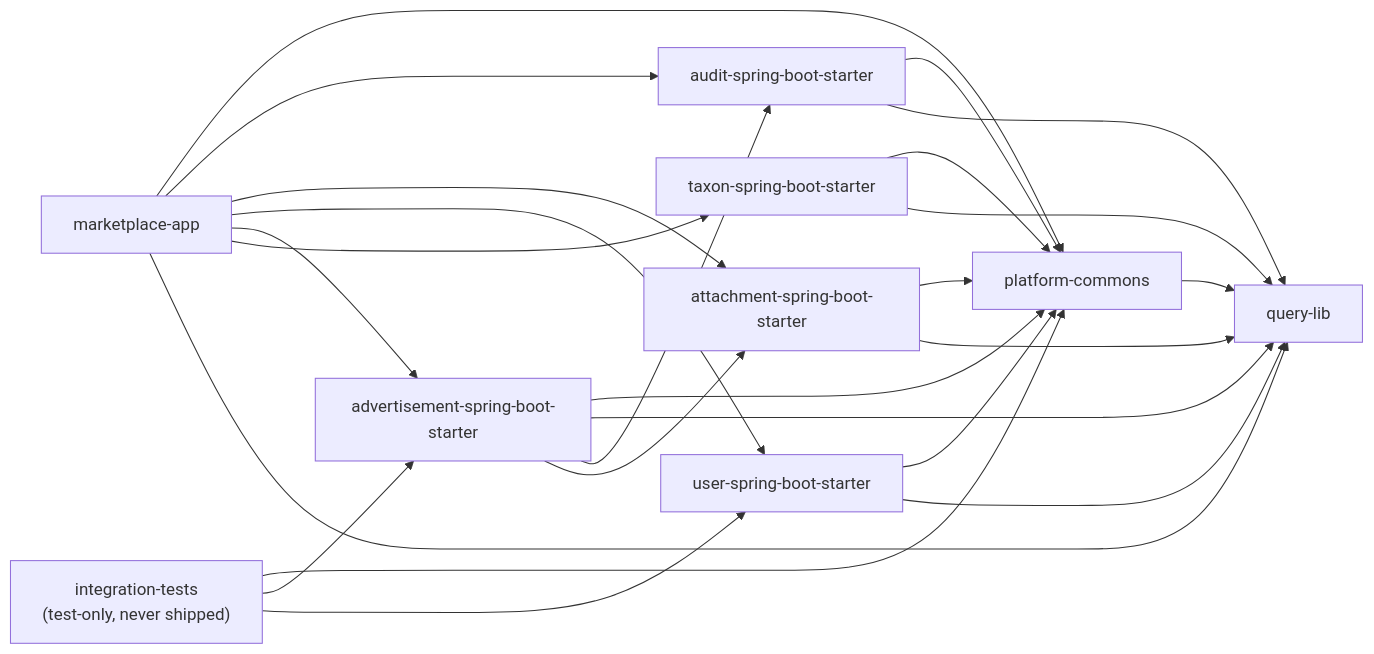
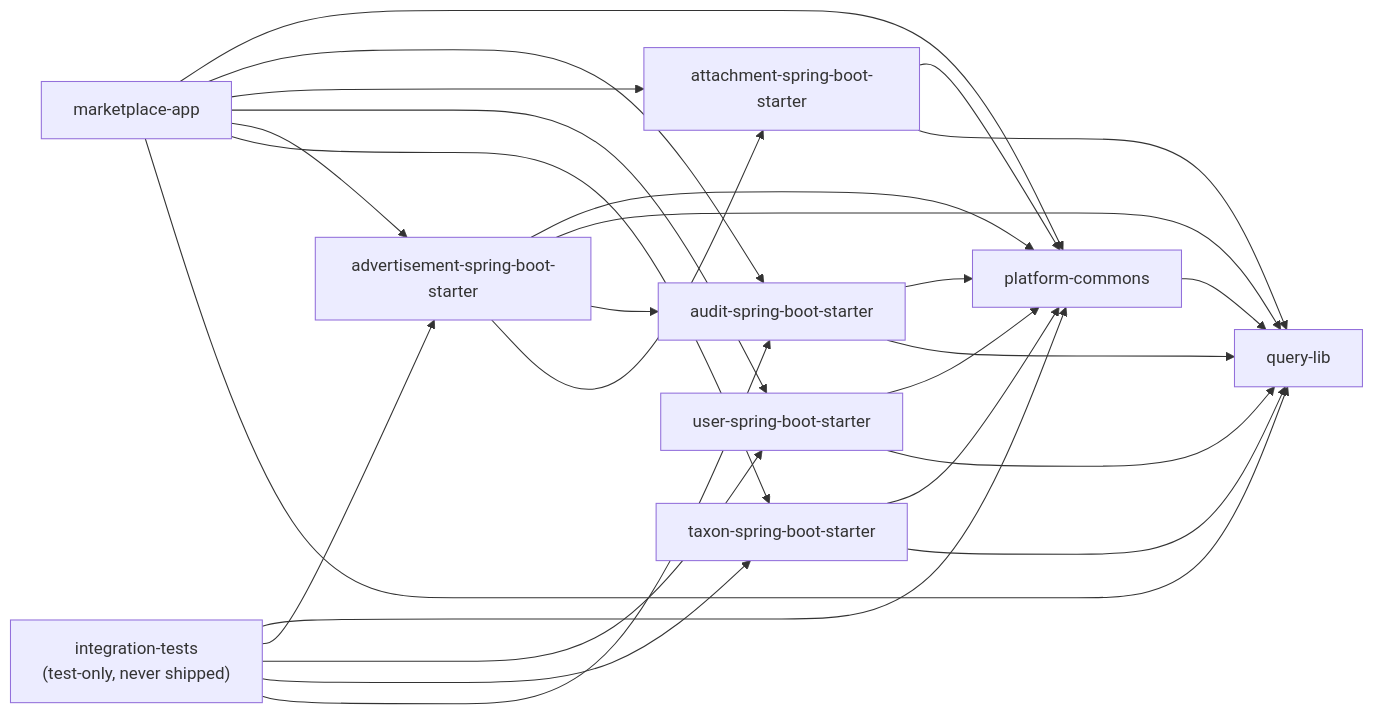
One commit to OstMutant/Advertisement changed the diagram in docs/architecture/01-module-dependencies.md. Above: the diagram before and after it, drawn with Mermaid. The commit also changed other lines of this file and 9 other files, not shown here.

````diff
--- a/docs/architecture/01-module-dependencies.md
+++ b/docs/architecture/01-module-dependencies.md
@@ -9,36 +9,38 @@
 ```mermaid
 graph LR
     QL["query-lib"]
     PC["platform-commons"]
     AUD["audit-spring-boot-starter"]
     ATT["attachment-spring-boot-starter"]
     USR["user-spring-boot-starter"]
     ADV["advertisement-spring-boot-starter"]
     TAX["taxon-spring-boot-starter"]
     APP["marketplace-app"]
     IT["integration-tests<br/>(test-only, never shipped)"]
 
     PC --> QL
     AUD --> PC
     AUD --> QL
     ATT --> PC
     ATT --> QL
     USR --> PC
     USR --> QL
     ADV --> PC
     ADV --> QL
     ADV --> AUD
     ADV --> ATT
     TAX --> PC
     TAX --> QL
     APP --> PC
     APP --> AUD
     APP --> ATT
     APP --> USR
     APP --> ADV
     APP --> TAX
     APP --> QL
     IT --> PC
     IT --> ADV
     IT --> USR
+    IT --> TAX
+    IT --> AUD
 ```
````
